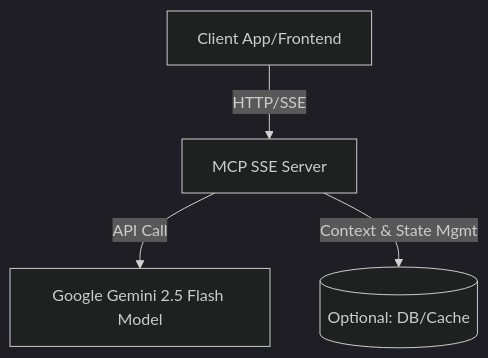
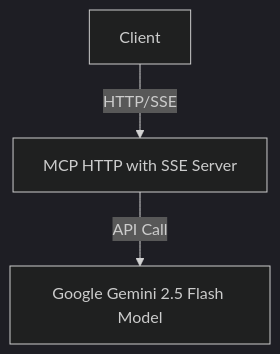
Before and after one commit to sabbirkhanoni/AI-Agent-with-Model-Context-Protocol-MCP-Server-of-HTTP-with-SSE-and-Google-Gemini-2.5-Flash-Model: the diagram in README.md, drawn with Mermaid (dark theme). The commit also changed other lines of this file, not shown here.

Commit message:
Revise README with architecture and usage updates

````diff
--- a/README.md
+++ b/README.md
@@ -32,6 +32,5 @@
 ```mermaid
 graph TD
-    Client[Client App/Frontend] -- HTTP/SSE --> Server[MCP SSE Server]
+    Client[Client] -- HTTP/SSE --> Server[MCP HTTP with SSE Server]
     Server -- API Call --> Gemini[Google Gemini 2.5 Flash Model]
-    Server -- Context & State Mgmt --> Database[(Optional: DB/Cache)]
 ```
````
